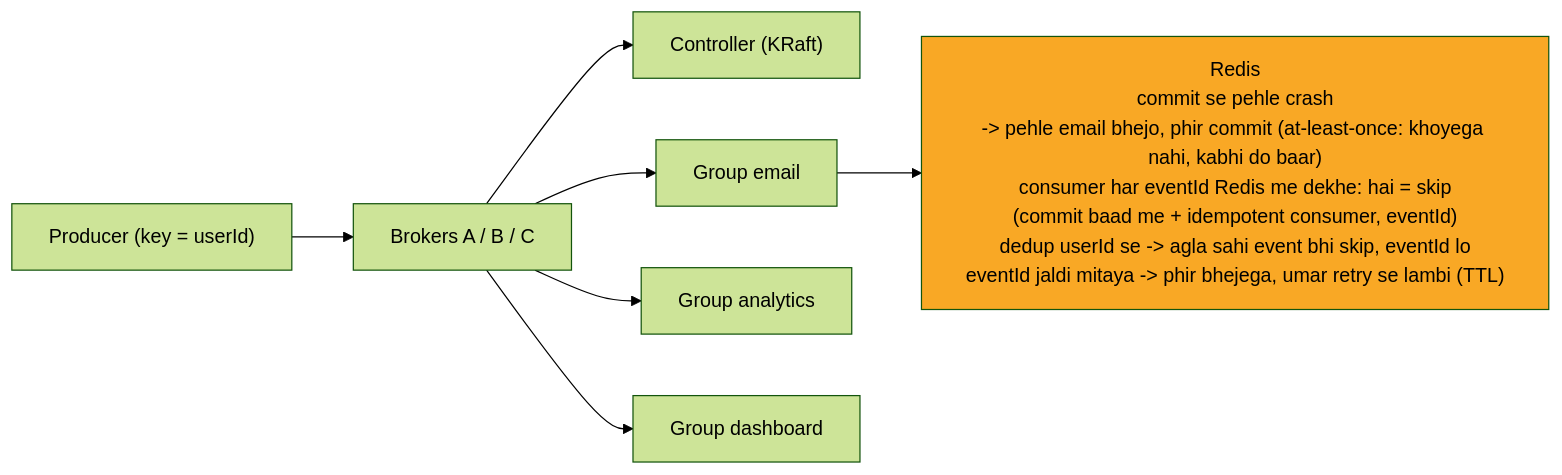
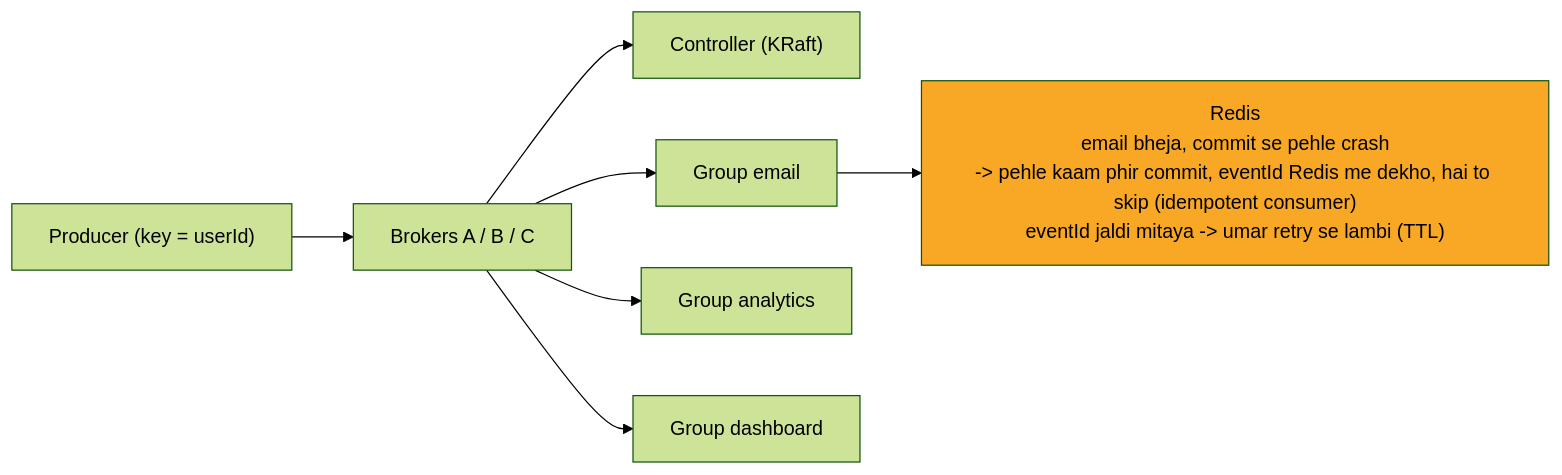
Before and after one commit to ArpanMaheshwari144/Prep: the diagram in 04_HLD/SYSTEM_DESIGNS/12_message_queue_kafka/img/c7.mmd, drawn with Mermaid (forest theme). The commit also changed 182 other files, not shown here.

```diff
--- a/04_HLD/SYSTEM_DESIGNS/12_message_queue_kafka/img/c7.mmd
+++ b/04_HLD/SYSTEM_DESIGNS/12_message_queue_kafka/img/c7.mmd
@@ -1,16 +1,16 @@
 %%{init: {"flowchart": {"wrappingWidth": 450}}}%%
 flowchart LR
     n_P["Producer (key = userId)"]
     n_B["Brokers A / B / C"]
     n_K["Controller (KRaft)"]
     n_GE["Group email"]
-    n_R["Redis<br/>commit se pehle crash<br/>-> pehle email bhejo, phir commit (at-least-once: khoyega nahi, kabhi do baar)<br/>consumer har eventId Redis me dekhe: hai = skip<br/>(commit baad me + idempotent consumer, eventId)<br/>dedup userId se -> agla sahi event bhi skip, eventId lo<br/>eventId jaldi mitaya -> phir bhejega, umar retry se lambi (TTL)"]
+    n_R["Redis<br/>email bheja, commit se pehle crash<br/>-> pehle kaam phir commit, eventId Redis me dekho, hai to skip (idempotent consumer)<br/>eventId jaldi mitaya -> umar retry se lambi (TTL)"]
     n_GA["Group analytics"]
     n_GD["Group dashboard"]
     n_P --> n_B
     n_B --> n_K
     n_B --> n_GE
     n_B --> n_GA
     n_B --> n_GD
     n_GE --> n_R
     style n_R fill:#f9a825,color:#000
```
